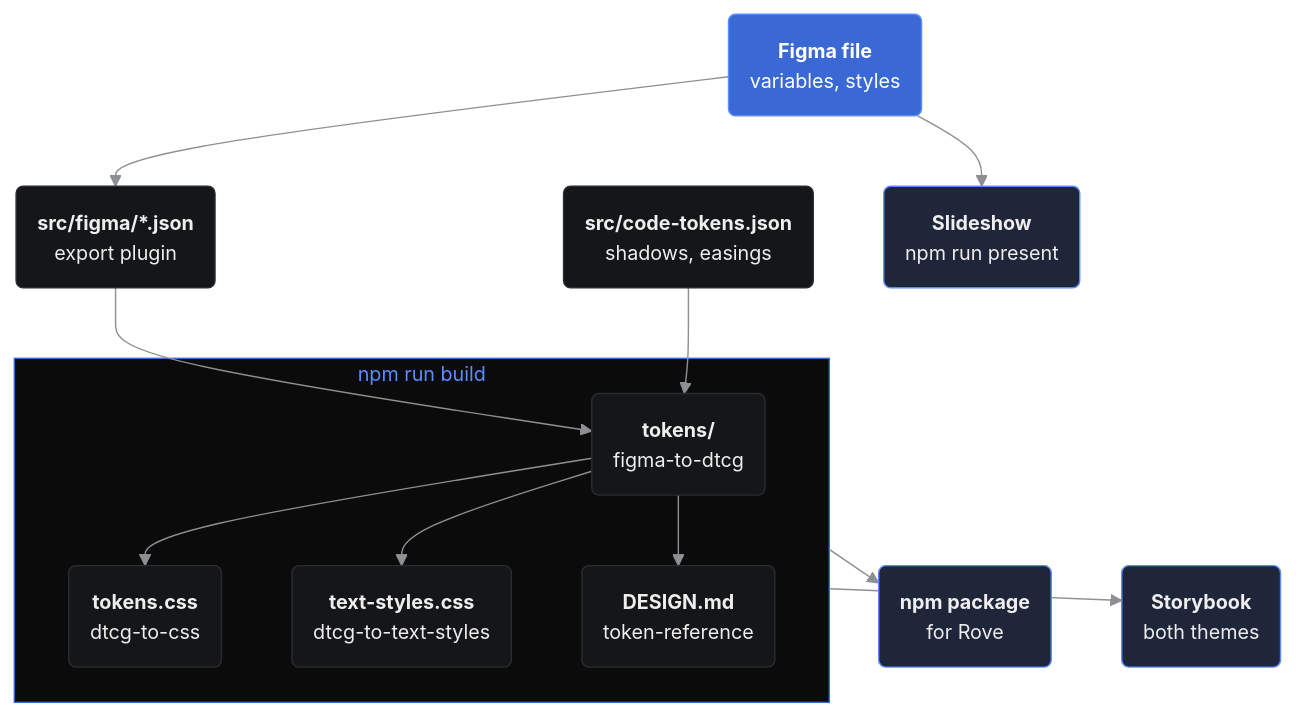
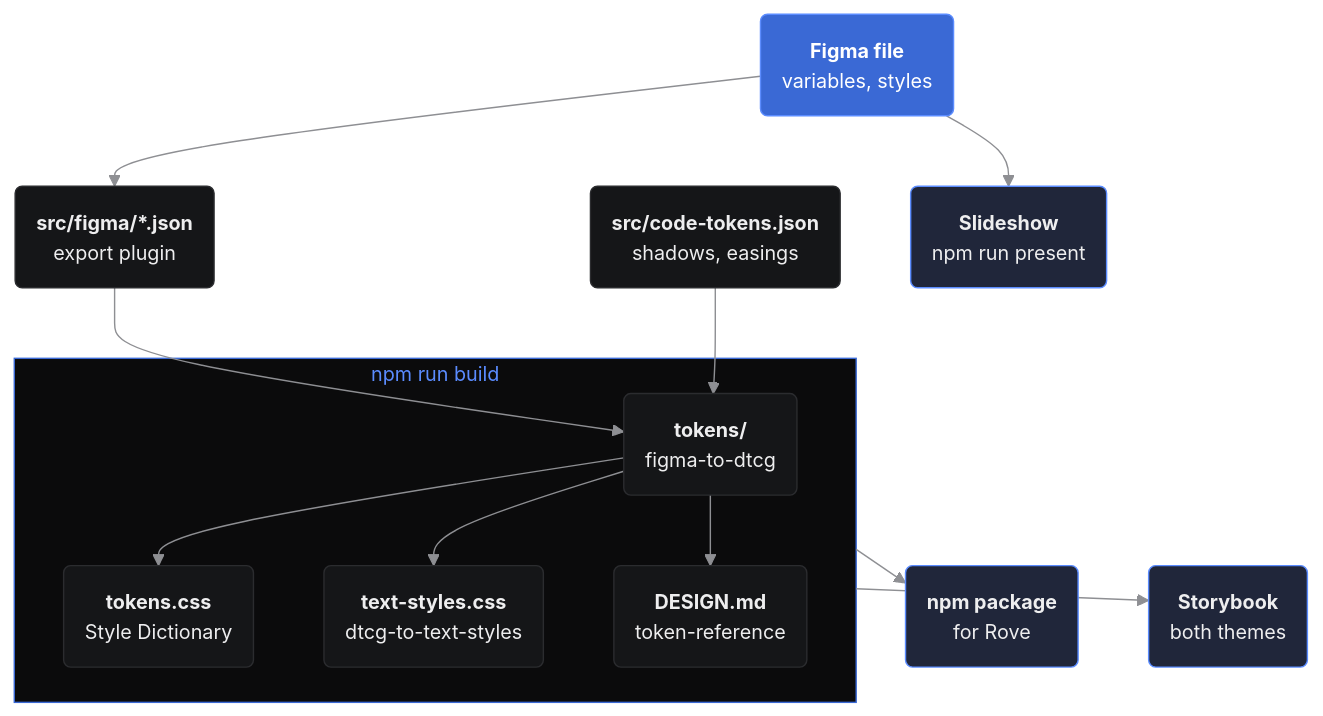
One commit to swiftsolve/rove-tokens changed the diagram in README.md. Above: the diagram before and after it, drawn with Mermaid. The commit also changed other lines of this file, not shown here.

Commit message:
docs: the How it works chart names Style Dictionary, with its build title in the top-right corner
tokens.css is written by Style Dictionary, so the chart says so. The
npm run build title sat in the middle of the frame's top edge, where the
arrows come in; a themeCSS translate moves it to the right.

````diff
--- a/README.md
+++ b/README.md
@@ -41,27 +41,27 @@
 ```mermaid
-%%{init: {"theme": "base", "themeVariables": {"fontFamily": "Inter, -apple-system, Segoe UI, Helvetica, Arial, sans-serif", "fontSize": "14px", "primaryColor": "#151618", "primaryTextColor": "#eeeeef", "primaryBorderColor": "#2b2c2f", "lineColor": "#8e8f93", "clusterBkg": "#0b0b0c", "clusterBorder": "#3a69d5", "titleColor": "#5b8cff", "dropShadow": "none"}}}%%
+%%{init: {"themeCSS": ".cluster-label { translate: 260px 0; }", "theme": "base", "themeVariables": {"fontFamily": "Inter, -apple-system, Segoe UI, Helvetica, Arial, sans-serif", "fontSize": "14px", "primaryColor": "#151618", "primaryTextColor": "#eeeeef", "primaryBorderColor": "#2b2c2f", "lineColor": "#8e8f93", "clusterBkg": "#0b0b0c", "clusterBorder": "#3a69d5", "titleColor": "#5b8cff", "dropShadow": "none"}}}%%
 flowchart TD
   figma("<b>Figma file</b><br/>variables, styles"):::source
   exports("<b>src/figma/*.json</b><br/>export plugin"):::file
   code("<b>src/code‑tokens.json</b><br/>shadows, easings"):::file
   slides("<b>Slideshow</b><br/>npm run present"):::ship
 
   subgraph build ["npm run build"]
     dtcg("<b>tokens/</b><br/>figma-to-dtcg"):::file
-    css("<b>tokens.css</b><br/>dtcg-to-css"):::file
+    css("<b>tokens.css</b><br/>Style Dictionary"):::file
     textCss("<b>text-styles.css</b><br/>dtcg-to-text-styles"):::file
     design("<b>DESIGN.md</b><br/>token-reference"):::file
   end
 
   pkg("<b>npm package</b><br/>for Rove"):::ship
   storybook("<b>Storybook</b><br/>both themes"):::ship
 
   figma --> exports & slides
   exports & code --> dtcg
   dtcg --> css & textCss & design
   build --> pkg & storybook
 
   classDef source fill:#3a69d5,stroke:#5b8cff,color:#ffffff
   classDef file fill:#151618,stroke:#2b2c2f,color:#eeeeef
   classDef ship fill:#20263a,stroke:#5b8cff,color:#eeeeef
 ```
````
